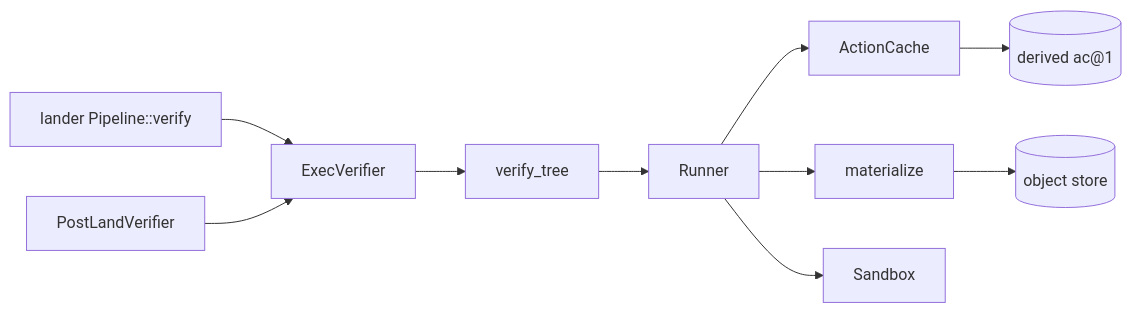
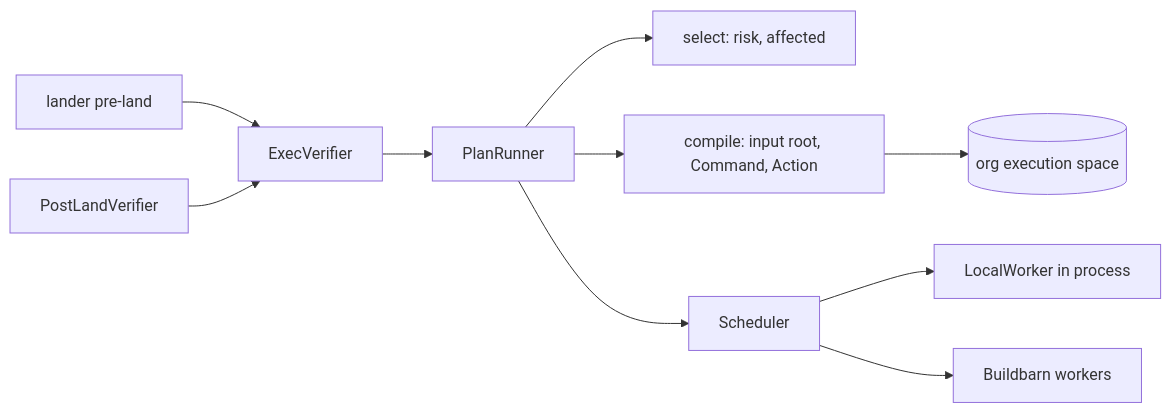
One commit to envoy1084/rill changed the diagram in architecture/06-services/exec.md. Above: the diagram before and after it, drawn with Mermaid. The commit also changed other lines of this file and 69 other files, not shown here.

First line of the commit message:
exec: verify plans run as REAPI actions on the scheduler

````diff
--- a/architecture/06-services/exec.md
+++ b/architecture/06-services/exec.md
@@ -9,9 +12,12 @@
 ```mermaid
 flowchart LR
-  pipe[lander Pipeline::verify] --> ev[ExecVerifier]
+  pipe[lander pre-land] --> ev[ExecVerifier]
   post[PostLandVerifier] --> ev
-  ev --> vt[verify_tree] --> run[Runner]
-  run --> ac[ActionCache] --> derived[(derived ac@1)]
-  run --> mat[materialize] --> objects[(object store)]
-  run --> sb[Sandbox]
+  ev --> pr[PlanRunner]
+  pr --> sel[select: risk, affected]
+  pr --> comp[compile: input root, Command, Action]
+  comp --> space[(org execution space)]
+  pr --> sched[Scheduler]
+  sched --> lw[LocalWorker in process]
+  sched --> bb[Buildbarn workers]
 ```
````
